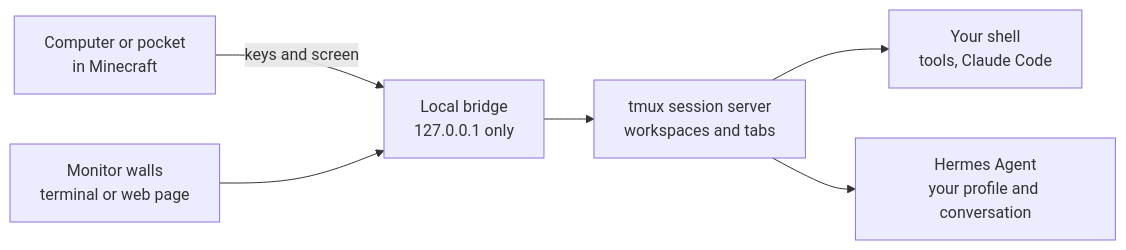
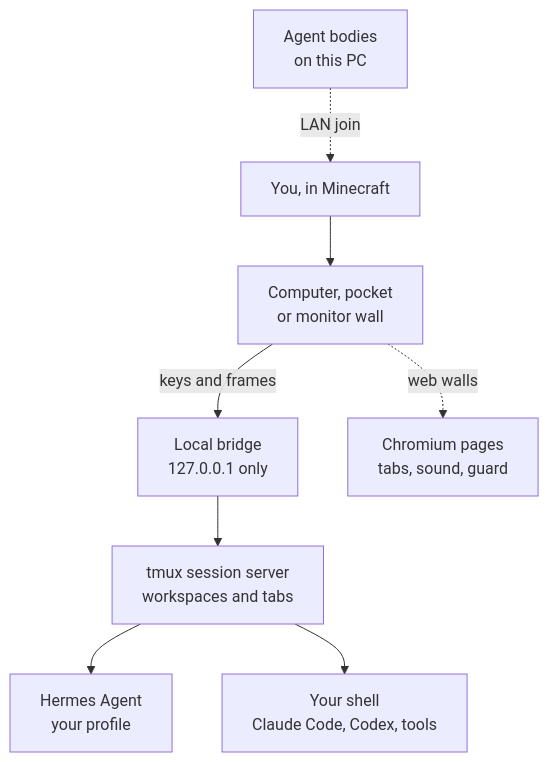
The diagram in README.md (omoresearch/omo-space), drawn with Mermaid before and after one commit. The commit also changed other lines of this file and 3 other files, not shown here.

````diff
--- a/README.md
+++ b/README.md
@@ -169,8 +200,10 @@
 ```mermaid
-flowchart LR
-  A["Computer or pocket<br/>in Minecraft"] -->|keys and screen| B["Local bridge<br/>127.0.0.1 only"]
-  C["Monitor walls<br/>terminal or web page"] --> B
-  B --> D["tmux session server<br/>workspaces and tabs"]
-  D --> E["Your shell<br/>tools, Claude Code"]
-  D --> F["Hermes Agent<br/>your profile and conversation"]
+flowchart TB
+  P["You, in Minecraft"] --> S["Computer, pocket<br/>or monitor wall"]
+  S -->|keys and frames| B["Local bridge<br/>127.0.0.1 only"]
+  B --> T["tmux session server<br/>workspaces and tabs"]
+  T --> H["Hermes Agent<br/>your profile"]
+  T --> C["Your shell<br/>Claude Code, Codex, tools"]
+  S -.->|web walls| W["Chromium pages<br/>tabs, sound, guard"]
+  A["Agent bodies<br/>on this PC"] -.->|LAN join| P
 ```
````
